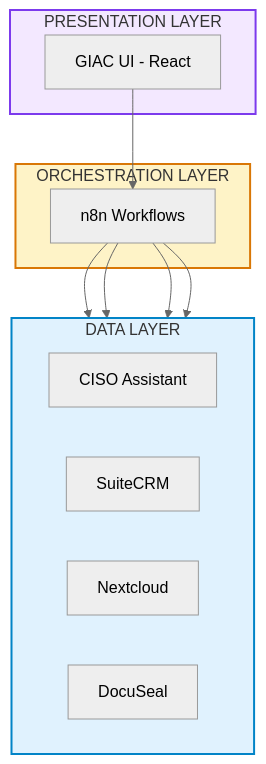
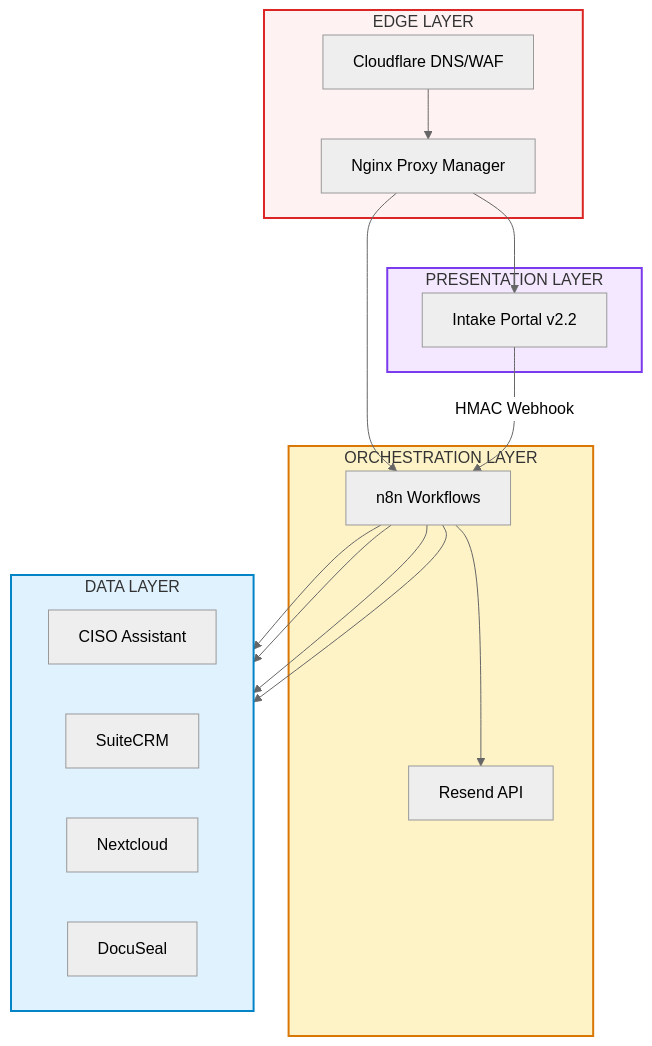
One commit to Pharns/portfolio changed the second of 6 diagrams in docs/cybersecurity/giap.md. Above: the diagram before and after it, drawn with Mermaid (neutral theme). The commit also changed other lines of this file, not shown here.

````diff
--- a/docs/cybersecurity/giap.md
+++ b/docs/cybersecurity/giap.md
@@ -116,28 +124,39 @@
 ```mermaid
 flowchart TB
+    subgraph EDGE[EDGE LAYER]
+        CF[Cloudflare DNS/WAF]
+        NPM[Nginx Proxy Manager]
+    end
+
     subgraph UI[PRESENTATION LAYER]
-        PORTAL[GIAC UI - React]
+        PORTAL[Intake Portal v2.2]
     end
 
     subgraph ORCH[ORCHESTRATION LAYER]
         N8N[n8n Workflows]
+        RESEND[Resend API]
     end
 
     subgraph DATA[DATA LAYER]
         direction LR
         CA[CISO Assistant]
         CRM[SuiteCRM]
         NC[Nextcloud]
         DS[DocuSeal]
     end
 
-    PORTAL --> N8N
+    CF --> NPM
+    NPM --> PORTAL
+    NPM --> N8N
+    PORTAL -->|HMAC Webhook| N8N
     N8N --> CA
     N8N --> CRM
     N8N --> NC
     N8N --> DS
+    N8N --> RESEND
 
+    style EDGE fill:#fef2f2,stroke:#dc2626,stroke-width:2px
     style UI fill:#f3e8ff,stroke:#7c3aed,stroke-width:2px
     style ORCH fill:#fef3c7,stroke:#d97706,stroke-width:2px
     style DATA fill:#e0f2fe,stroke:#0284c7,stroke-width:2px
 ```
````
